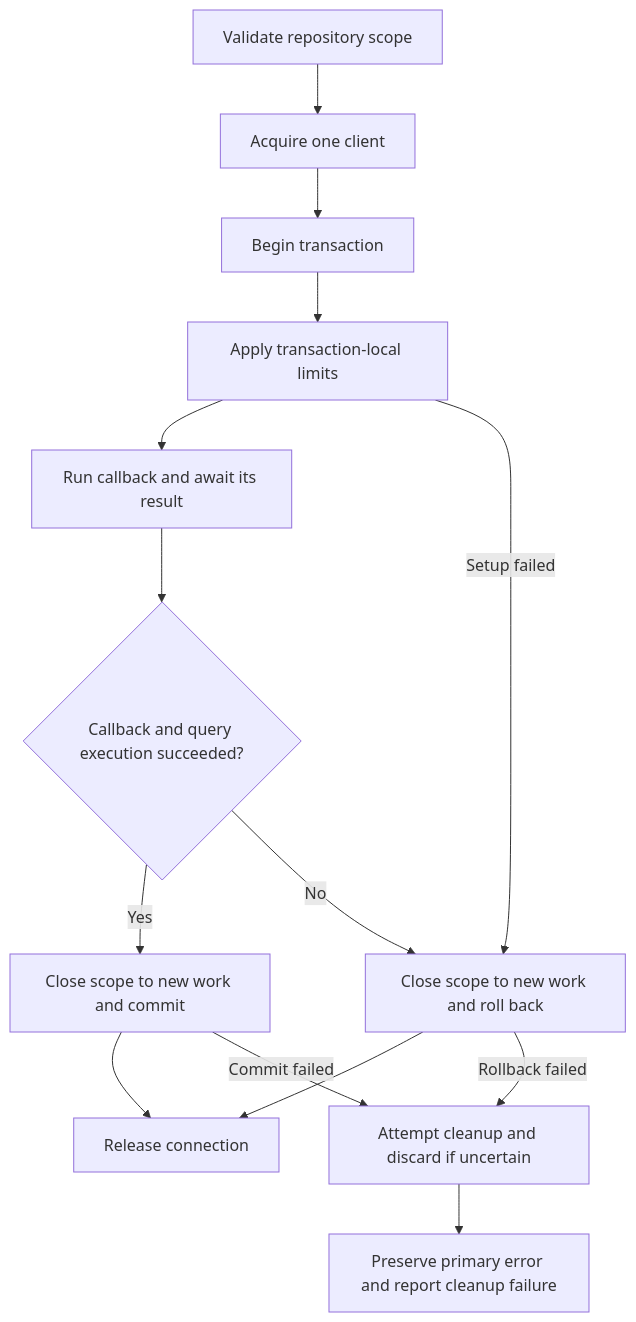
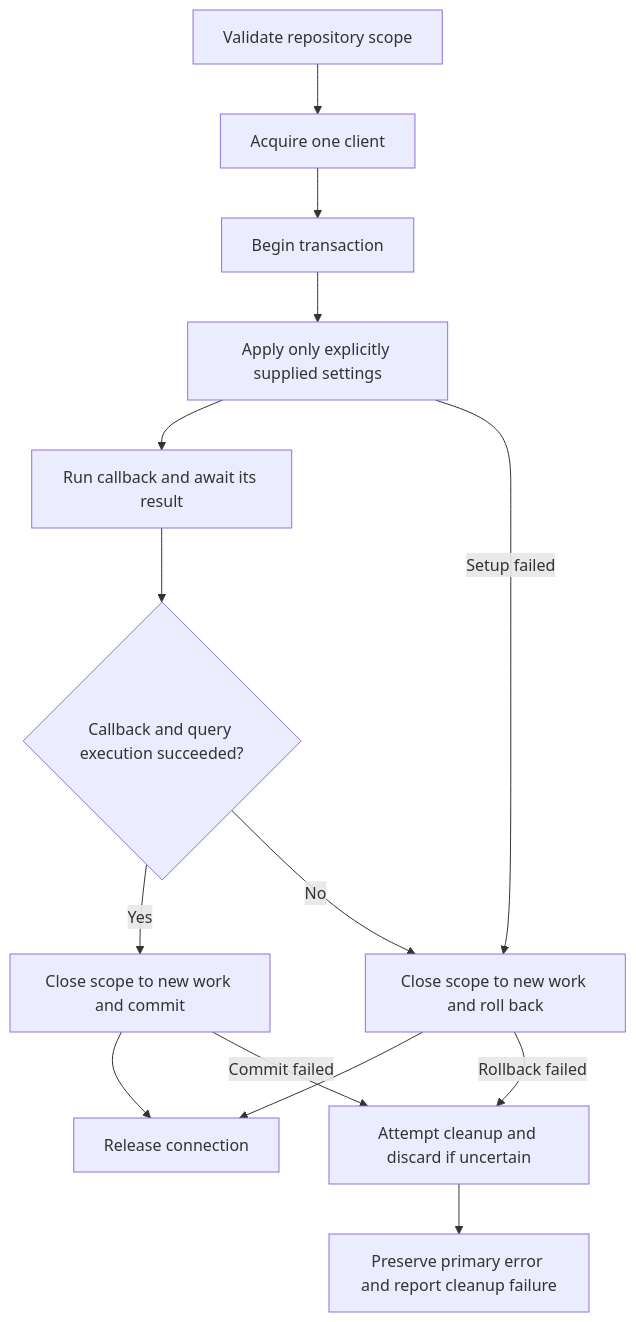
One commit to bigalorm/bigal changed the diagram in docs/plans/2026-09-13-1334-feat-transaction-ergonomics-plan.md. Above: the diagram before and after it, drawn with Mermaid. The commit also changed other lines of this file, not shown here.

Commit message:
docs: require non-breaking transaction additions

````diff
--- a/docs/plans/2026-09-13-1334-feat-transaction-ergonomics-plan.md
+++ b/docs/plans/2026-09-13-1334-feat-transaction-ergonomics-plan.md
@@ -458,16 +478,16 @@
 ```mermaid
 flowchart TD
   A[Validate repository scope] --> B[Acquire one client]
   B --> C[Begin transaction]
-  C --> T[Apply transaction-local limits]
+  C --> T[Apply only explicitly supplied settings]
   T --> D[Run callback and await its result]
   T -->|Setup failed| G
   D --> E{Callback and query execution succeeded?}
   E -->|Yes| F[Close scope to new work and commit]
   E -->|No| G[Close scope to new work and roll back]
   F --> H[Release connection]
   G --> H
   F -->|Commit failed| I[Attempt cleanup and discard if uncertain]
   G -->|Rollback failed| I
   I --> J[Preserve primary error and report cleanup failure]
 ```
````
